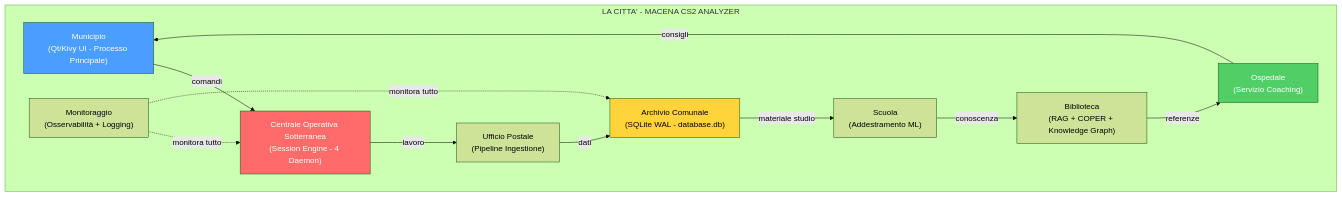
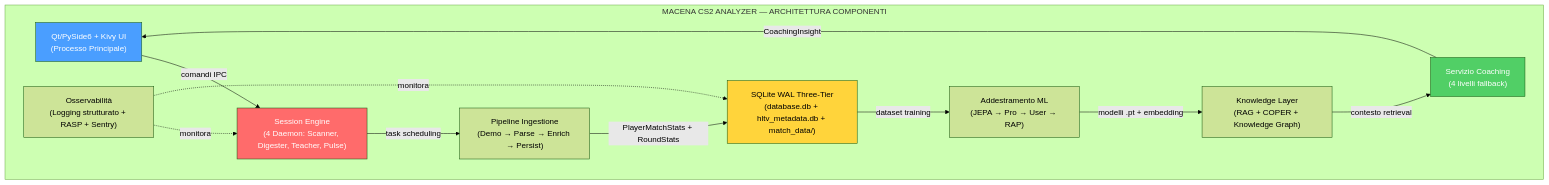
Before and after one commit to renanaugustomacena-ux/Counter-Strike-coach-AI: the ninth of 55 diagrams in docs/books/Book-Coach-3.md, drawn with Mermaid (forest theme). The commit also changed other lines of this file and 29 other files, not shown here.

````diff
--- a/docs/books/Book-Coach-3.md
+++ b/docs/books/Book-Coach-3.md
@@ -596,26 +596,26 @@
 ```mermaid
 flowchart TB
-    subgraph CITY["LA CITTA' - MACENA CS2 ANALYZER"]
-        MUNI["Municipio<br/>(Qt/Kivy UI - Processo Principale)"]
-        CENT["Centrale Operativa Sotterranea<br/>(Session Engine - 4 Daemon)"]
-        ARCH["Archivio Comunale<br/>(SQLite WAL - database.db)"]
-        POST["Ufficio Postale<br/>(Pipeline Ingestione)"]
-        SCUOLA["Scuola<br/>(Addestramento ML)"]
-        BIB["Biblioteca<br/>(RAG + COPER + Knowledge Graph)"]
-        OSP["Ospedale<br/>(Servizio Coaching)"]
-        MON["Monitoraggio<br/>(Osservabilità + Logging)"]
+    subgraph SYSTEM["MACENA CS2 ANALYZER — ARCHITETTURA COMPONENTI"]
+        UI["Qt/PySide6 + Kivy UI<br/>(Processo Principale)"]
+        SE["Session Engine<br/>(4 Daemon: Scanner, Digester, Teacher, Pulse)"]
+        DB["SQLite WAL Three-Tier<br/>(database.db + hltv_metadata.db + match_data/)"]
+        INGEST["Pipeline Ingestione<br/>(Demo → Parse → Enrich → Persist)"]
+        TRAIN["Addestramento ML<br/>(JEPA → Pro → User → RAP)"]
+        KB["Knowledge Layer<br/>(RAG + COPER + Knowledge Graph)"]
+        COACH["Servizio Coaching<br/>(4 livelli fallback)"]
+        OBS["Osservabilità<br/>(Logging strutturato + RASP + Sentry)"]
     end
-    MUNI -->|"comandi"| CENT
-    CENT -->|"lavoro"| POST
-    POST -->|"dati"| ARCH
-    ARCH -->|"materiale studio"| SCUOLA
-    SCUOLA -->|"conoscenza"| BIB
-    BIB -->|"referenze"| OSP
-    OSP -->|"consigli"| MUNI
-    MON -.->|"monitora tutto"| CENT
-    MON -.->|"monitora tutto"| ARCH
-    style MUNI fill:#4a9eff,color:#fff
-    style CENT fill:#ff6b6b,color:#fff
-    style ARCH fill:#ffd43b,color:#000
-    style OSP fill:#51cf66,color:#fff
+    UI -->|"comandi IPC"| SE
+    SE -->|"task scheduling"| INGEST
+    INGEST -->|"PlayerMatchStats + RoundStats"| DB
+    DB -->|"dataset training"| TRAIN
+    TRAIN -->|"modelli .pt + embedding"| KB
+    KB -->|"contesto retrieval"| COACH
+    COACH -->|"CoachingInsight"| UI
+    OBS -.->|"monitora"| SE
+    OBS -.->|"monitora"| DB
+    style UI fill:#4a9eff,color:#fff
+    style SE fill:#ff6b6b,color:#fff
+    style DB fill:#ffd43b,color:#000
+    style COACH fill:#51cf66,color:#fff
 ```
````
